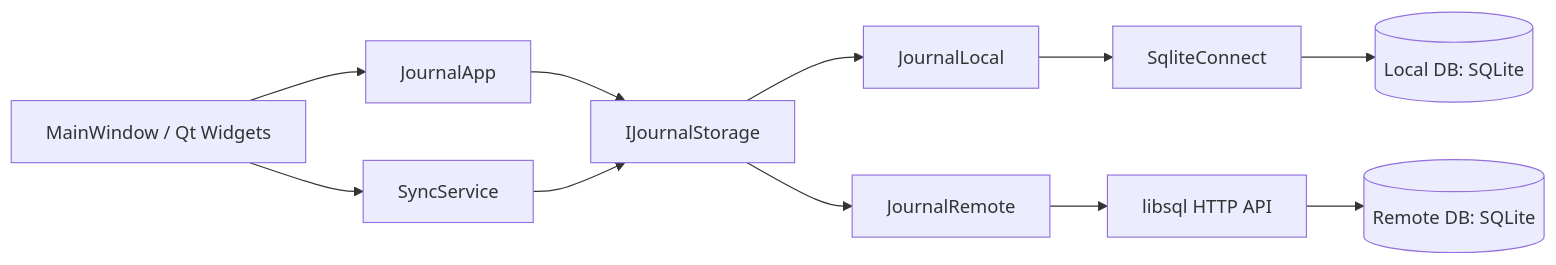
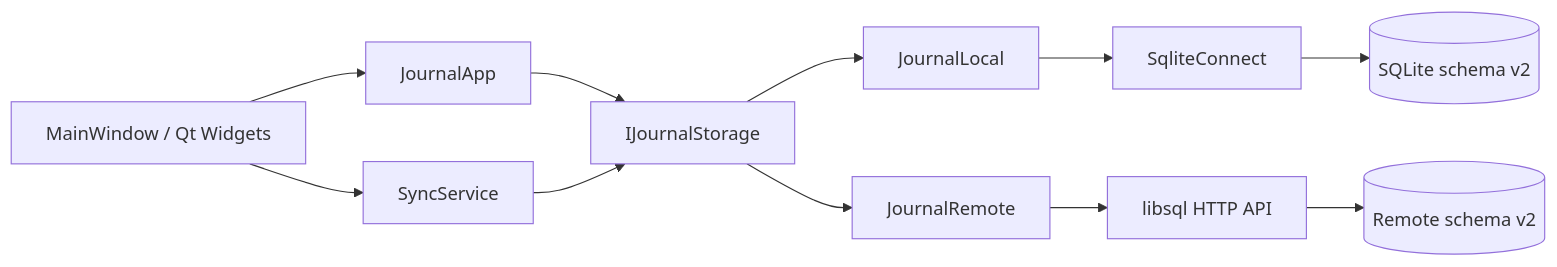
Before and after one commit to Satkhar/journal_app: the diagram in doc/arch.md, drawn with Mermaid. The commit also changed other lines of this file and 21 other files, not shown here.

````diff
--- a/doc/arch.md
+++ b/doc/arch.md
@@ -15,14 +5,13 @@
 ```mermaid
 flowchart LR
   UI[MainWindow / Qt Widgets] --> APP[JournalApp]
   APP --> ST[IJournalStorage]
   ST --> LOCAL[JournalLocal]
   ST --> REMOTE[JournalRemote]
   LOCAL --> SQLITE[SqliteConnect]
-  SQLITE --> LDB[(Local DB: SQLite)]
+  SQLITE --> LDB[(SQLite schema v2)]
   REMOTE --> API[libsql HTTP API]
-  API --> RDB[(Remote DB: SQLite)]
-
+  API --> RDB[(Remote schema v2)]
   UI --> SYNC[SyncService]
   SYNC --> ST
 ```
````
